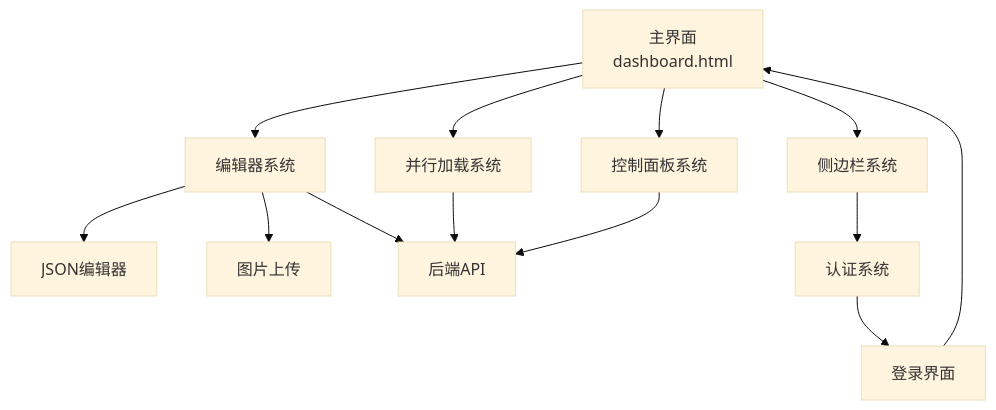
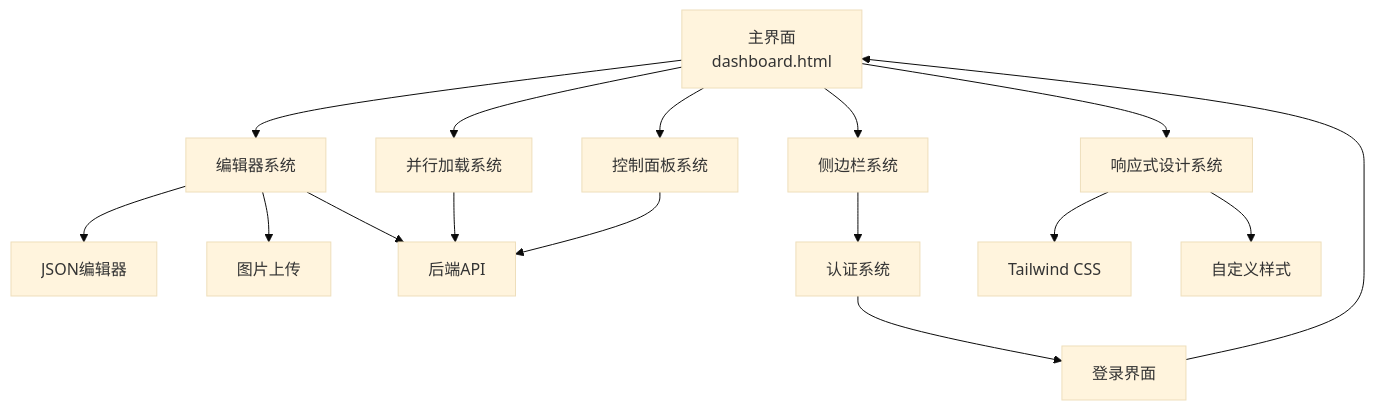
One commit to hx631580609-web/zsts-cms changed the ninth of 9 diagrams in .qoder/repowiki/zh/content/管理后台系统/界面架构设计.md. Above: the diagram before and after it, drawn with Mermaid (base theme). The commit also changed other lines of this file and 5 other files, not shown here.

````diff
--- a/.qoder/repowiki/zh/content/管理后台系统/界面架构设计.md
+++ b/.qoder/repowiki/zh/content/管理后台系统/界面架构设计.md
@@ -347,15 +463,18 @@
 ```mermaid
 graph TB
 MAIN["主界面<br/>dashboard.html"] --> SIDEBAR["侧边栏系统"]
 MAIN --> EDITOR["编辑器系统"]
 MAIN --> DASHBOARD["控制面板系统"]
 MAIN --> PARALLEL["并行加载系统"]
+MAIN --> RESPONSIVE["响应式设计系统"]
 EDITOR --> JSONEDITOR["JSON编辑器"]
 EDITOR --> UPLOAD["图片上传"]
 EDITOR --> API["后端API"]
 SIDEBAR --> AUTH["认证系统"]
 AUTH --> LOGIN["登录界面"]
 LOGIN --> MAIN
 PARALLEL --> API
 DASHBOARD --> API
+RESPONSIVE --> TAILWIND["Tailwind CSS"]
+RESPONSIVE --> CUSTOM["自定义样式"]
 ```
````
